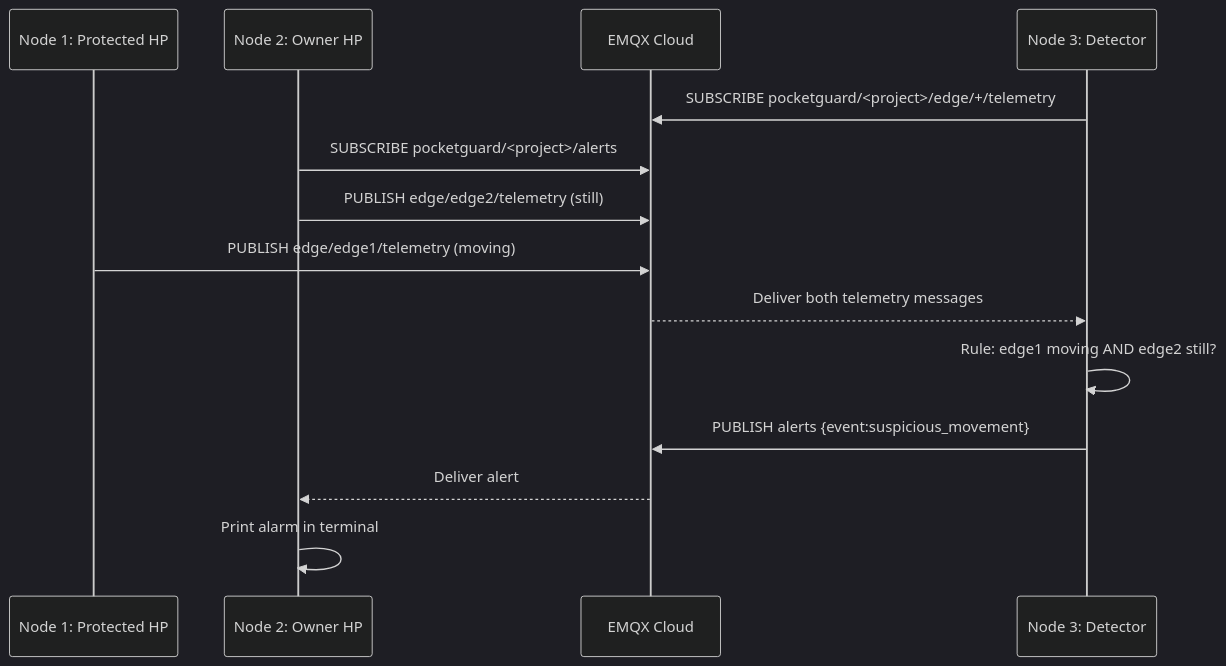
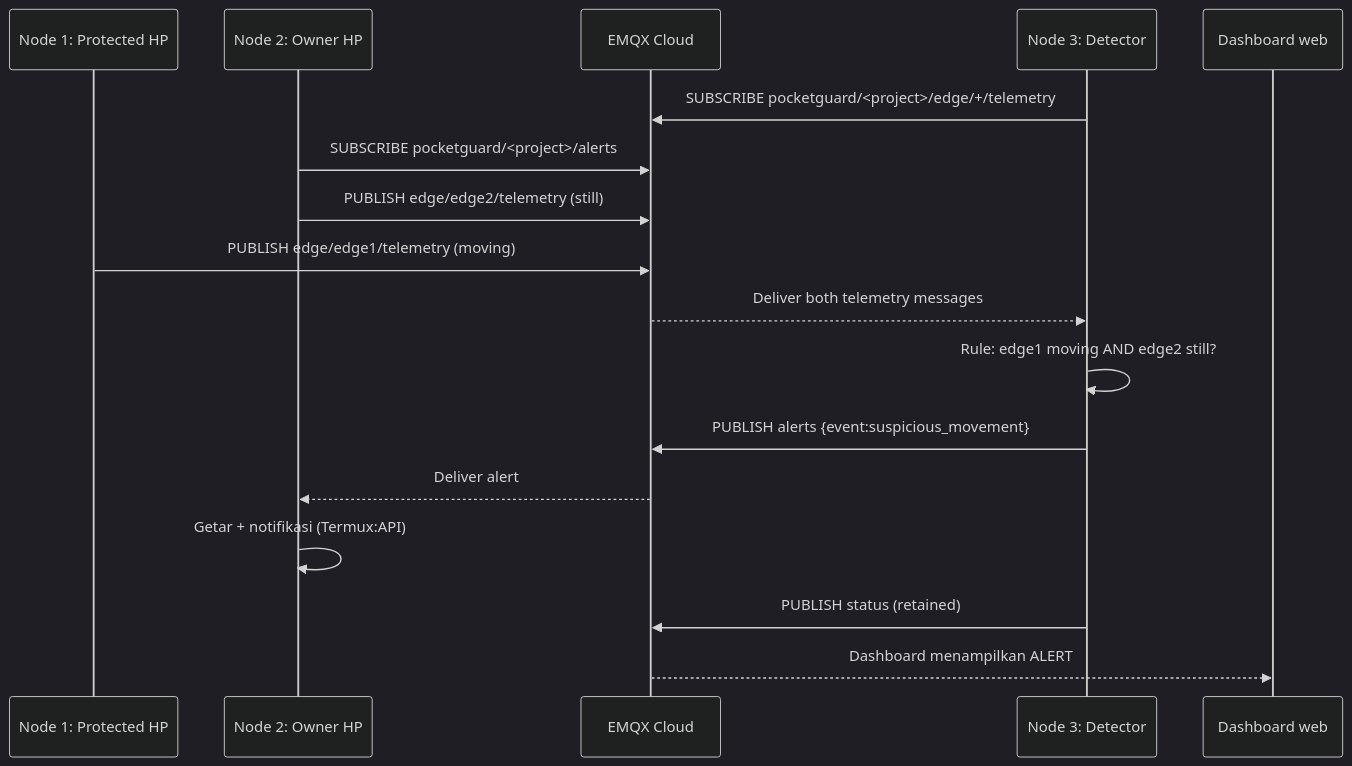
The second of 2 diagrams in docs/ARCHITECTURE.md (JustinCLT/baby-monitor-iot), drawn with Mermaid (dark theme) before and after one commit. The commit also changed other lines of this file and 16 other files, not shown here.

First line of the commit message:
feat: dashboard web, alarm HP B, status detector, dan rapikan dokumentasi

````diff
--- a/docs/ARCHITECTURE.md
+++ b/docs/ARCHITECTURE.md
@@ -25,16 +27,19 @@
 ```mermaid
 sequenceDiagram
   participant A as Node 1: Protected HP
   participant B as Node 2: Owner HP
   participant M as EMQX Cloud
   participant D as Node 3: Detector
+  participant W as Dashboard web
   D->>M: SUBSCRIBE pocketguard/<project>/edge/+/telemetry
   B->>M: SUBSCRIBE pocketguard/<project>/alerts
   B->>M: PUBLISH edge/edge2/telemetry (still)
   A->>M: PUBLISH edge/edge1/telemetry (moving)
   M-->>D: Deliver both telemetry messages
   D->>D: Rule: edge1 moving AND edge2 still?
   D->>M: PUBLISH alerts {event:suspicious_movement}
   M-->>B: Deliver alert
-  B->>B: Print alarm in terminal
+  B->>B: Getar + notifikasi (Termux:API)
+  D->>M: PUBLISH status (retained)
+  M-->>W: Dashboard menampilkan ALERT
 ```
````
